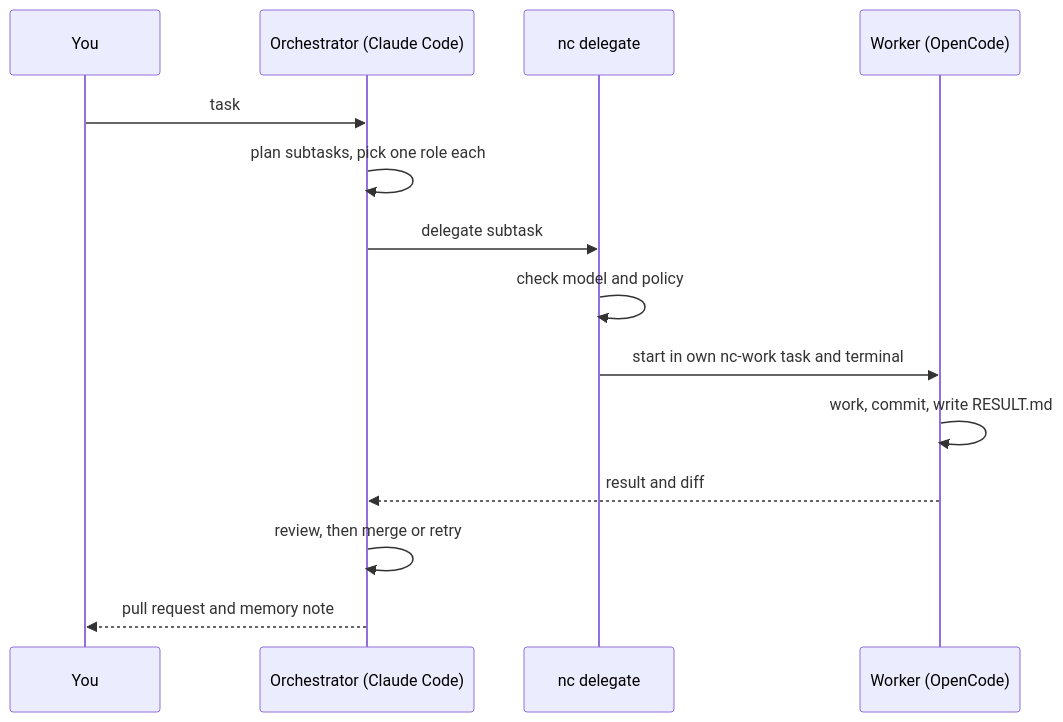
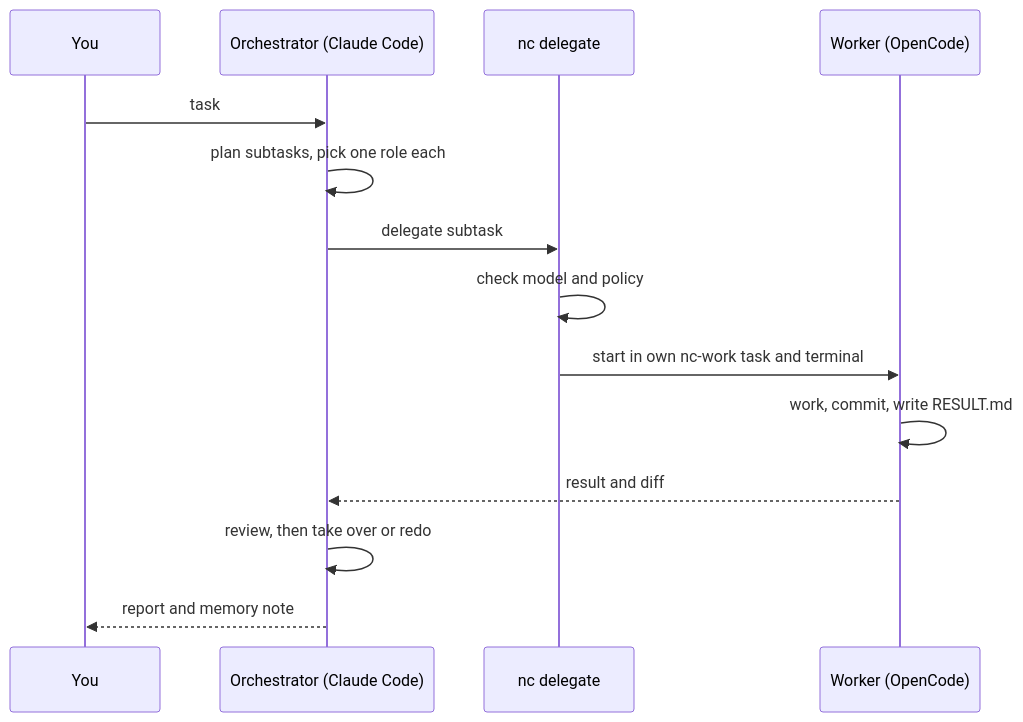
One commit to iAmSerathion/nc-harness changed the third of 10 diagrams in docs/ARCHITECTURE.md. Above: the diagram before and after it, drawn with Mermaid. The commit also changed other lines of this file and 7 other files, not shown here.

````diff
--- a/docs/ARCHITECTURE.md
+++ b/docs/ARCHITECTURE.md
@@ -73,16 +73,16 @@
 ```mermaid
 sequenceDiagram
   participant U as You
   participant O as Orchestrator (Claude Code)
   participant D as nc delegate
   participant W as Worker (OpenCode)
   U->>O: task
   O->>O: plan subtasks, pick one role each
   O->>D: delegate subtask
   D->>D: check model and policy
   D->>W: start in own nc-work task and terminal
   W->>W: work, commit, write RESULT.md
   W-->>O: result and diff
-  O->>O: review, then merge or retry
-  O-->>U: pull request and memory note
+  O->>O: review, then take over or redo
+  O-->>U: report and memory note
 ```
````
